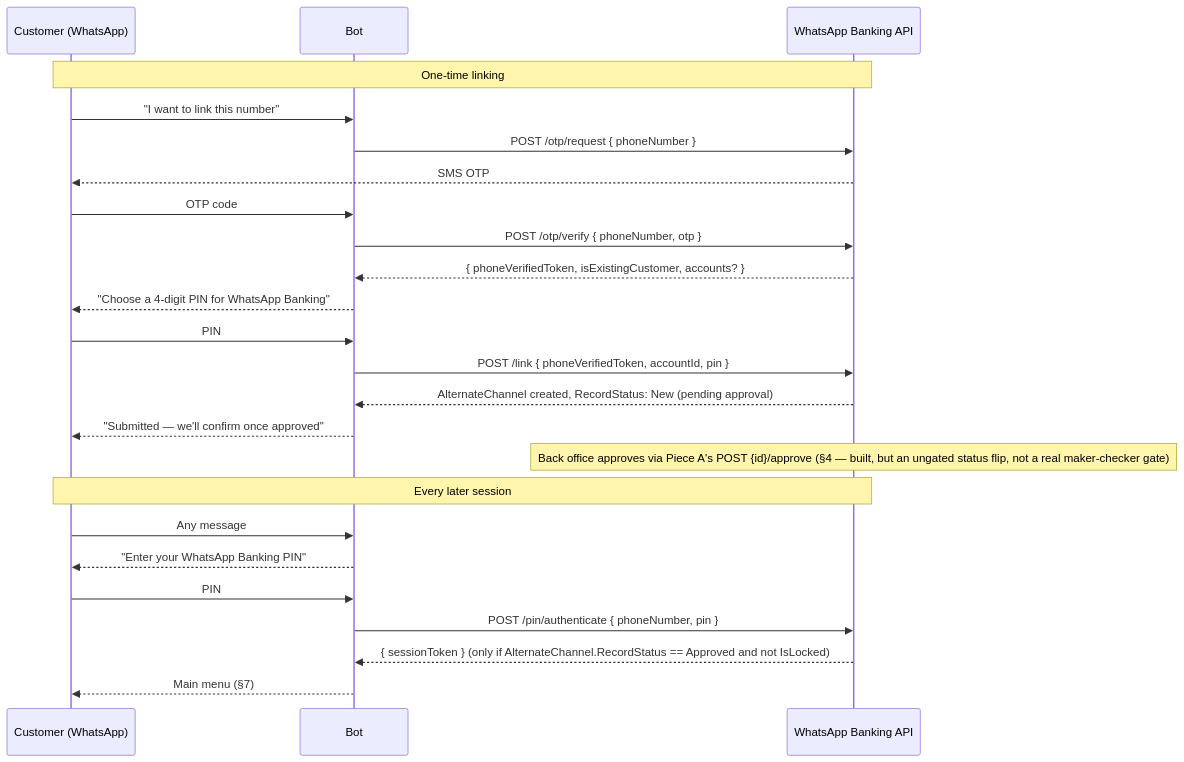
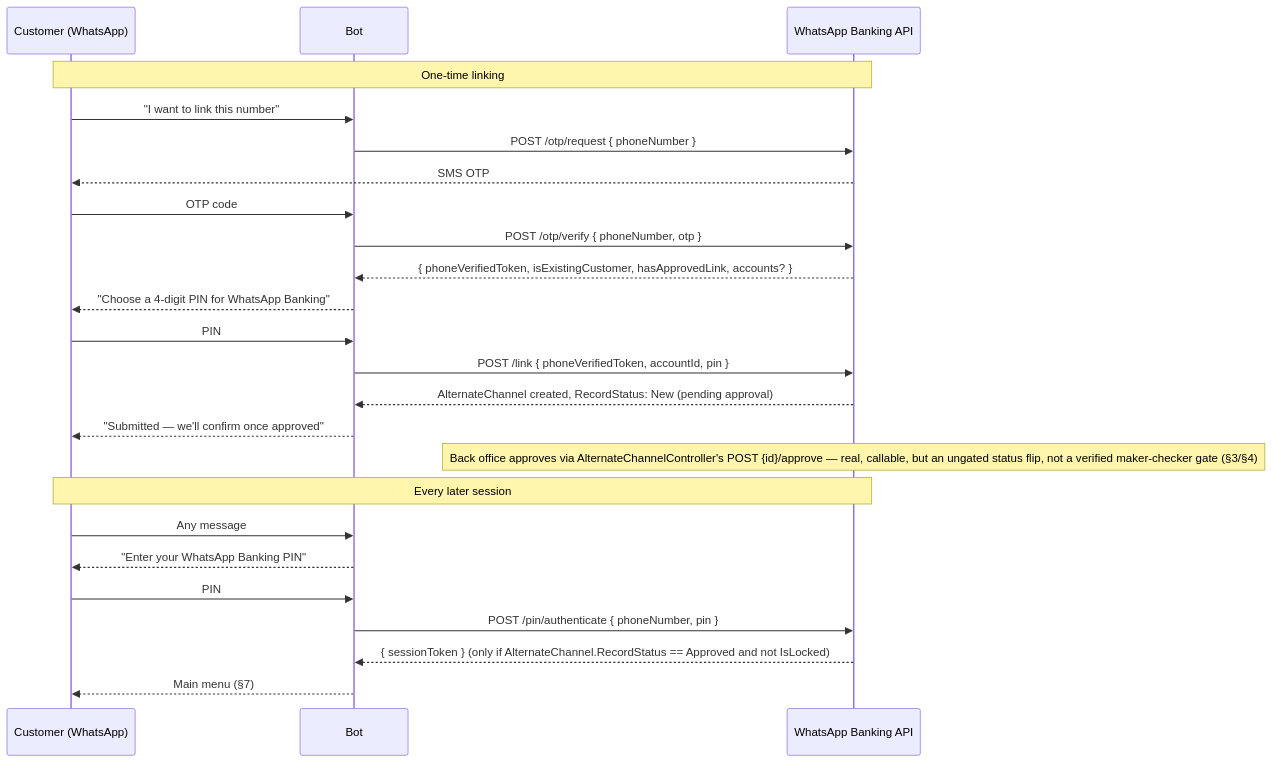
The second of 4 diagrams in WebApplication1/Areas/WhatsAppBanking/WORKFLOW.md (calvince-swizzsoft/Swift-Financials-FOSA), drawn with Mermaid before and after one commit. The commit also changed other lines of this file and 16 other files, not shown here.

````diff
--- a/WebApplication1/Areas/WhatsAppBanking/WORKFLOW.md
+++ b/WebApplication1/Areas/WhatsAppBanking/WORKFLOW.md
@@ -287,28 +284,28 @@
 ```mermaid
 sequenceDiagram
     participant C as Customer (WhatsApp)
     participant B as Bot
     participant A as WhatsApp Banking API
 
     Note over C,A: One-time linking
     C->>B: "I want to link this number"
     B->>A: POST /otp/request { phoneNumber }
     A-->>C: SMS OTP
     C->>B: OTP code
     B->>A: POST /otp/verify { phoneNumber, otp }
-    A-->>B: { phoneVerifiedToken, isExistingCustomer, accounts? }
+    A-->>B: { phoneVerifiedToken, isExistingCustomer, hasApprovedLink, accounts? }
     B-->>C: "Choose a 4-digit PIN for WhatsApp Banking"
     C->>B: PIN
     B->>A: POST /link { phoneVerifiedToken, accountId, pin }
     A-->>B: AlternateChannel created, RecordStatus: New (pending approval)
     B-->>C: "Submitted — we'll confirm once approved"
-    Note over A: Back office approves via Piece A's POST {id}/approve (§4 — built, but an ungated status flip, not a real maker-checker gate)
+    Note over A: Back office approves via AlternateChannelController's POST {id}/approve — real, callable, but an ungated status flip, not a verified maker-checker gate (§3/§4)
 
     Note over C,A: Every later session
     C->>B: Any message
     B-->>C: "Enter your WhatsApp Banking PIN"
     C->>B: PIN
     B->>A: POST /pin/authenticate { phoneNumber, pin }
     A-->>B: { sessionToken } (only if AlternateChannel.RecordStatus == Approved and not IsLocked)
     B-->>C: Main menu (§7)
 ```
````
